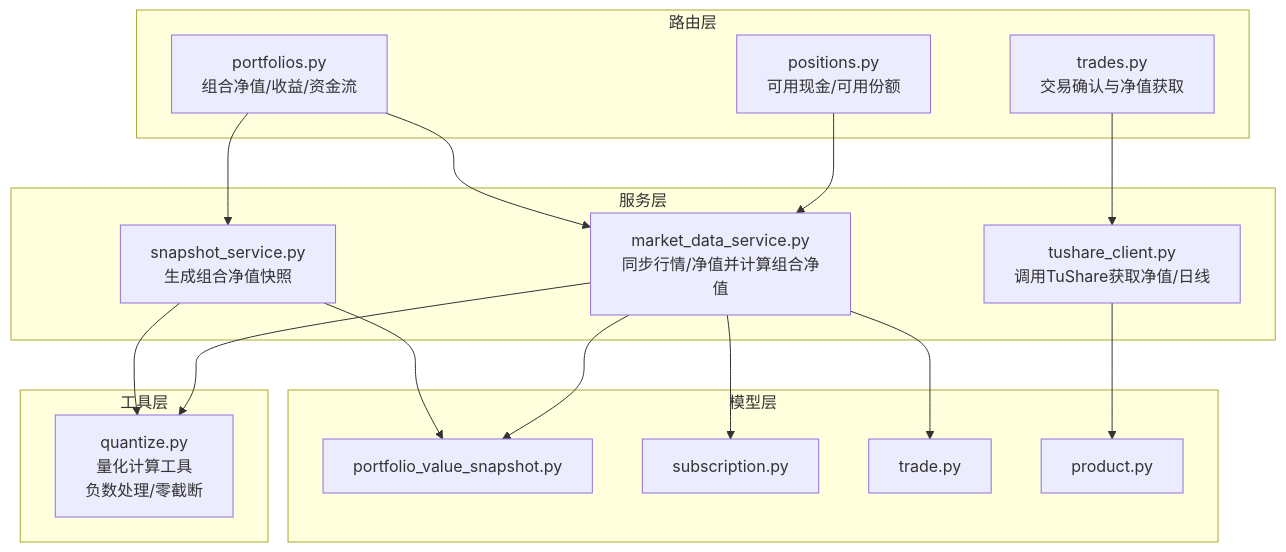
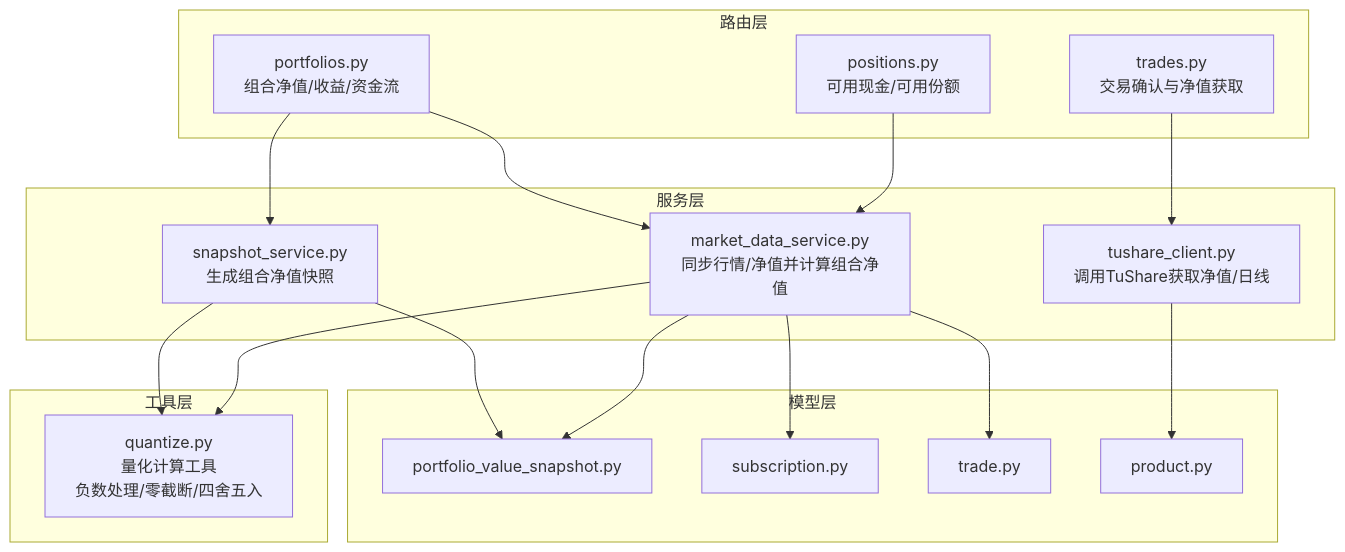
Before and after one commit to gujialind/InvestRing: the first of 9 diagrams in .qoder/repowiki/zh/content/数据库设计/核心计算公式.md, drawn with Mermaid. The commit also changed other lines of this file and 32 other files, not shown here.

````diff
--- a/.qoder/repowiki/zh/content/数据库设计/核心计算公式.md
+++ b/.qoder/repowiki/zh/content/数据库设计/核心计算公式.md
@@ -59,33 +61,33 @@
 ```mermaid
 graph TB
 subgraph "路由层"
 R1["portfolios.py<br/>组合净值/收益/资金流"]
 R2["positions.py<br/>可用现金/可用份额"]
 R3["trades.py<br/>交易确认与净值获取"]
 end
 subgraph "服务层"
 S1["snapshot_service.py<br/>生成组合净值快照"]
 S2["market_data_service.py<br/>同步行情/净值并计算组合净值"]
 S3["tushare_client.py<br/>调用TuShare获取净值/日线"]
 end
 subgraph "工具层"
-U1["quantize.py<br/>量化计算工具<br/>负数处理/零截断"]
+U1["quantize.py<br/>量化计算工具<br/>负数处理/零截断/四舍五入"]
 end
 subgraph "模型层"
 M1["portfolio_value_snapshot.py"]
 M2["subscription.py"]
 M3["trade.py"]
 M4["product.py"]
 end
 R1 --> S1
 R1 --> S2
 R2 --> S2
 R3 --> S3
 S1 --> M1
 S2 --> M1
 S2 --> M2
 S2 --> M3
 S3 --> M4
 S1 --> U1
 S2 --> U1
 ```
````
